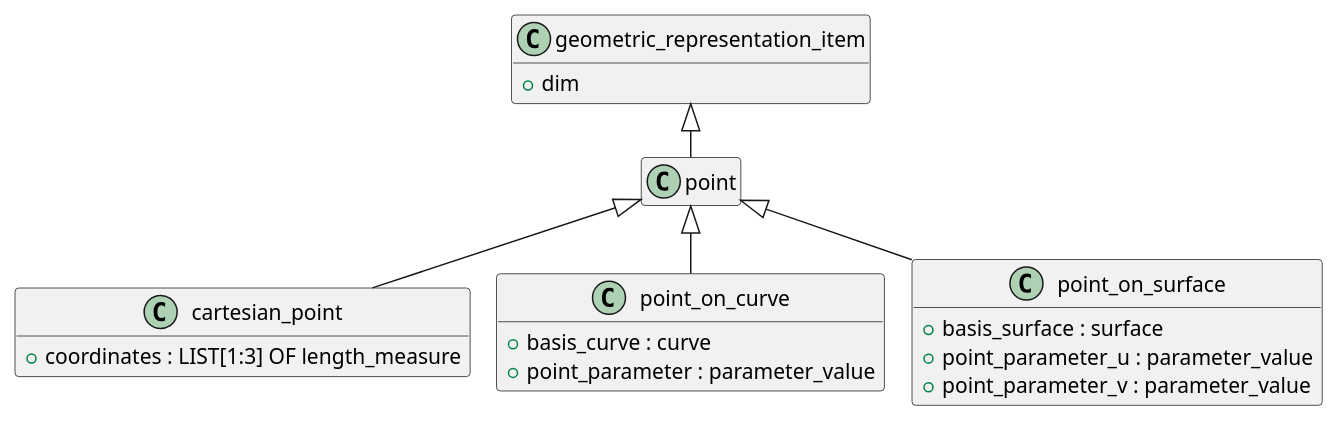
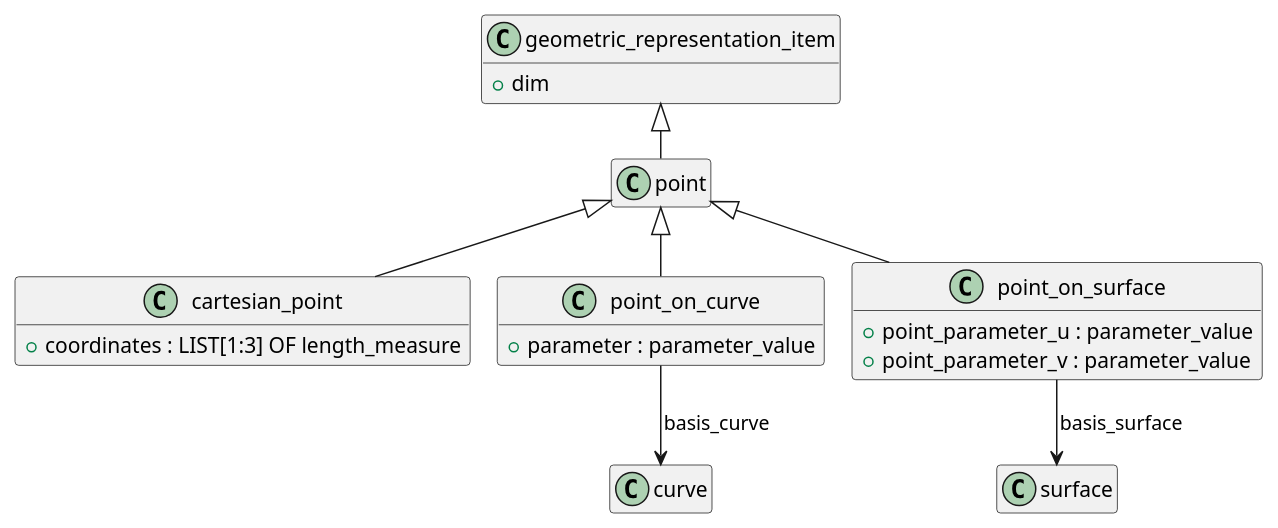
The diagram in 005_Geometry+Topology/geometry/source/point.pu (chukkaba/10303), drawn with PlantUML before and after one commit. The commit also changed 8 other files, not shown here.

```diff
--- a/005_Geometry+Topology/geometry/source/point.pu
+++ b/005_Geometry+Topology/geometry/source/point.pu
@@ -1,34 +1,39 @@
 @startuml
 !pragma layout smetana
 skinparam groupInheritance 2
 hide empty members
 
 class geometric_representation_item {
   +dim
 }
 
 class point {
   }
 
 class cartesian_point {
   +coordinates : LIST[1:3] OF length_measure
 }
 
 class point_on_curve {
-  +basis_curve : curve
-  +point_parameter : parameter_value
+  +parameter : parameter_value
+}
+
+class curve {
 }
 
 class point_on_surface {
-  +basis_surface : surface
   +point_parameter_u : parameter_value
   +point_parameter_v : parameter_value
+}
+class surface {
 }
 
 ' Наследование
 geometric_representation_item <|-- point
 point <|-- cartesian_point
 point <|-- point_on_curve
 point <|-- point_on_surface
-
+' Связи
+point_on_curve --> curve : basis_curve
+point_on_surface --> surface : basis_surface
 @enduml
```
